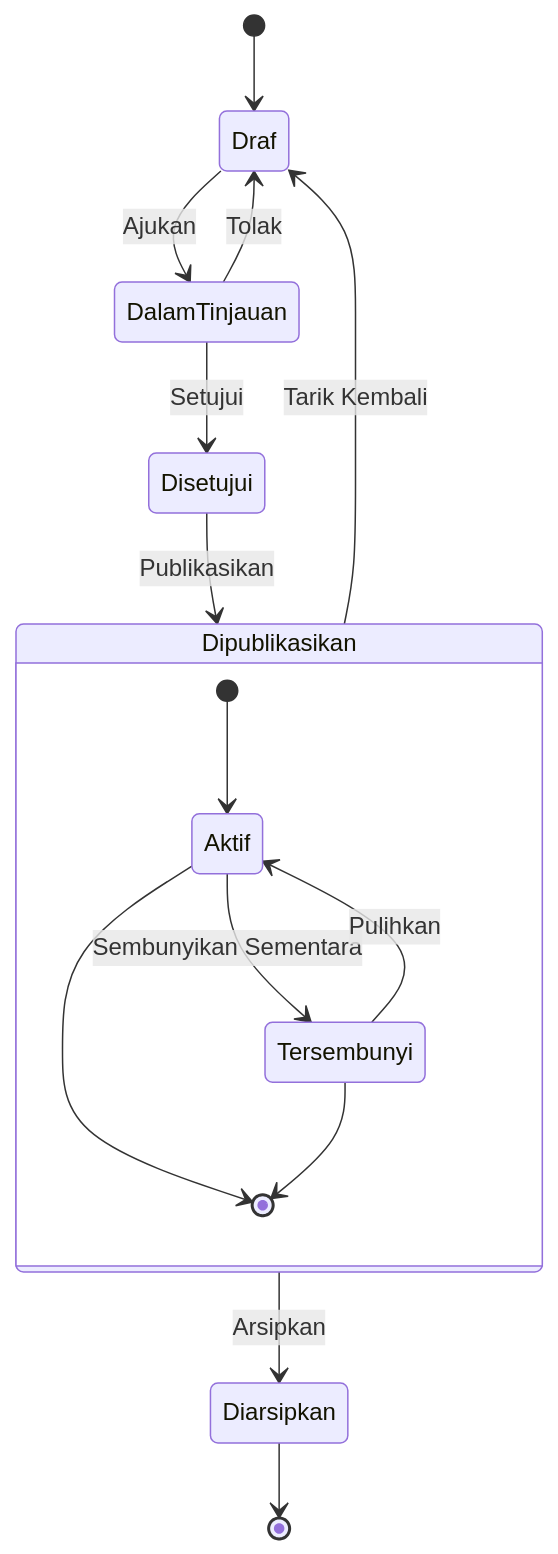
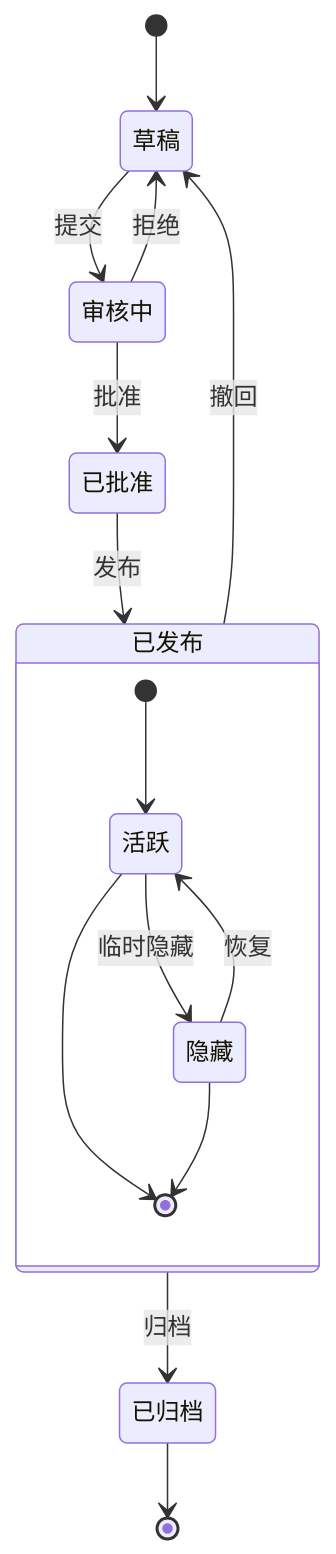
The fifth of 14 diagrams in src/content/posts/markdown-mermaid.md (abqoryme/LightKira), drawn with Mermaid before and after one commit. The commit also changed other lines of this file and 516 other files, not shown here.

````diff
--- a/src/content/posts/markdown-mermaid.md
+++ b/src/content/posts/markdown-mermaid.md
@@ -152,22 +162,21 @@
 ```mermaid
 stateDiagram-v2
-    [*] --> Draf
+    [*] --> 草稿
     
-    Draf --> DalamTinjauan : Ajukan
-    DalamTinjauan --> Draf : Tolak
-    DalamTinjauan --> Disetujui : Setujui
-    Disetujui --> Dipublikasikan : Publikasikan
-    Dipublikasikan --> Diarsipkan : Arsipkan
-    Dipublikasikan --> Draf : Tarik Kembali
+    草稿 --> 审核中 : 提交
+    审核中 --> 草稿 : 拒绝
+    审核中 --> 已批准 : 批准
+    已批准 --> 已发布 : 发布
+    已发布 --> 已归档 : 归档
+    已发布 --> 草稿 : 撤回
     
-    state Dipublikasikan {
-        [*] --> Aktif
-        Aktif --> Tersembunyi : Sembunyikan Sementara
-        Tersembunyi --> Aktif : Pulihkan
-        Aktif --> [*]
-        Tersembunyi --> [*]
+    state 已发布 {
+        [*] --> 活跃
+        活跃 --> 隐藏 : 临时隐藏
+        隐藏 --> 活跃 : 恢复
+        活跃 --> [*]
+        隐藏 --> [*]
     }
     
-    Diarsipkan --> [*]
-
+    已归档 --> [*]
 ```
````
